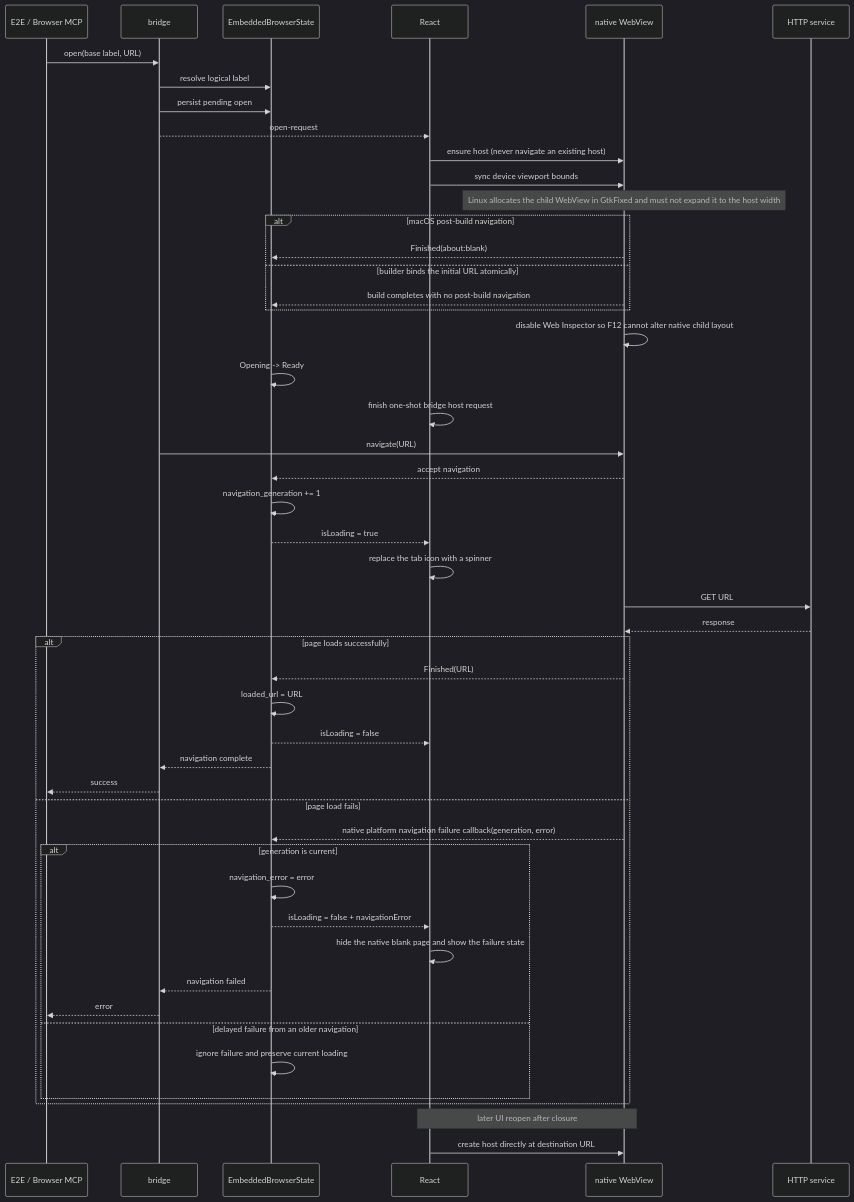
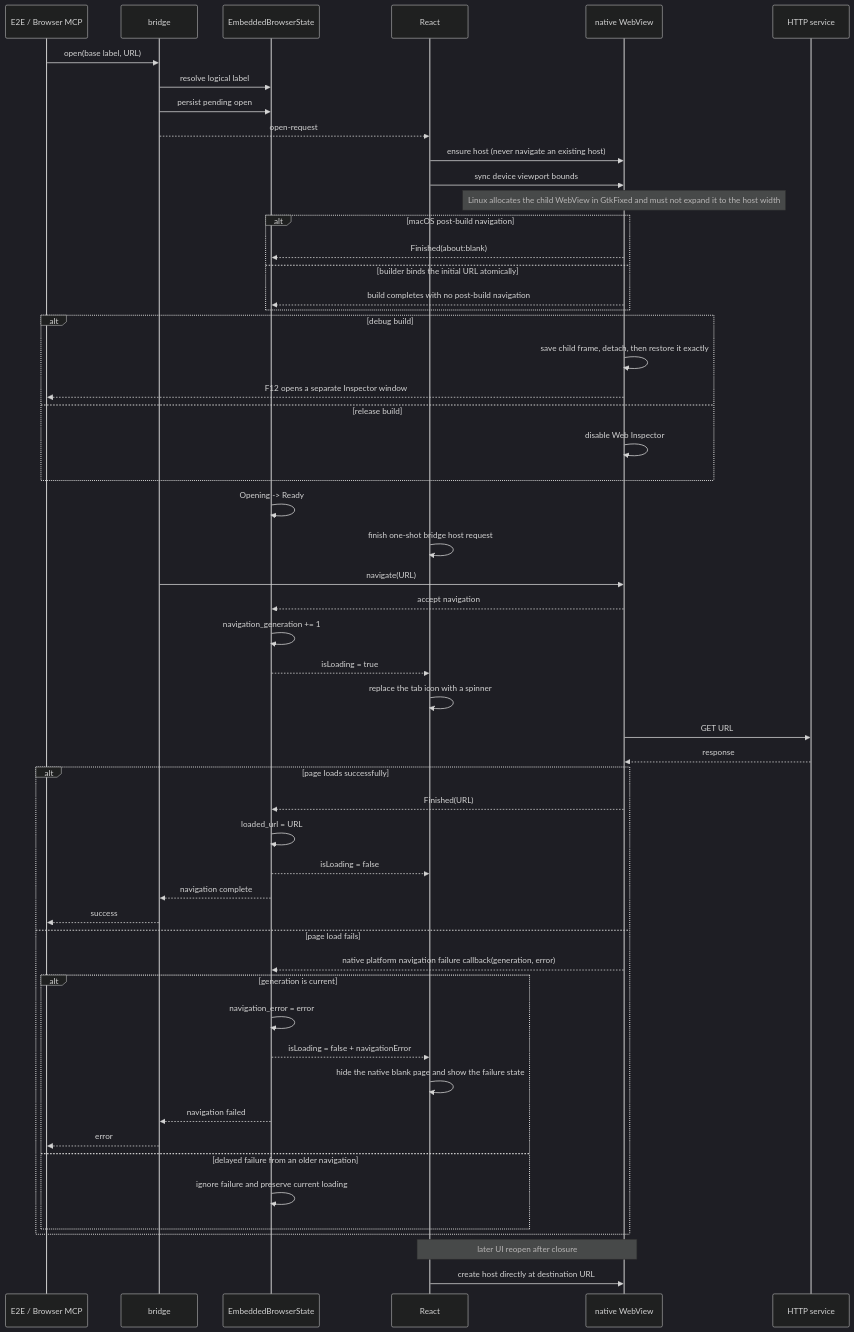
The second of 2 diagrams in docs/en/architecture/embedded-browser.md (wecode-ai/Wegent), drawn with Mermaid (dark theme) before and after one commit. The commit also changed other lines of this file and 14 other files, not shown here.

Commit message:
fix(wework): detach embedded browser inspector

````diff
--- a/docs/en/architecture/embedded-browser.md
+++ b/docs/en/architecture/embedded-browser.md
@@ -40,53 +41,58 @@
 ```mermaid
 sequenceDiagram
     participant C as E2E / Browser MCP
     participant B as bridge
     participant S as EmbeddedBrowserState
     participant R as React
     participant W as native WebView
     participant H as HTTP service
 
     C->>B: open(base label, URL)
     B->>S: resolve logical label
     B->>S: persist pending open
     B-->>R: open-request
     R->>W: ensure host (never navigate an existing host)
     R->>W: sync device viewport bounds
     Note over W: Linux allocates the child WebView in GtkFixed and must not expand it to the host width
     alt macOS post-build navigation
         W-->>S: Finished(about:blank)
     else builder binds the initial URL atomically
         W-->>S: build completes with no post-build navigation
     end
-    W->>W: disable Web Inspector so F12 cannot alter native child layout
+    alt debug build
+        W->>W: save child frame, detach, then restore it exactly
+        W-->>C: F12 opens a separate Inspector window
+    else release build
+        W->>W: disable Web Inspector
+    end
     S->>S: Opening -> Ready
     R->>R: finish one-shot bridge host request
     B->>W: navigate(URL)
     W-->>S: accept navigation
     S->>S: navigation_generation += 1
     S-->>R: isLoading = true
     R->>R: replace the tab icon with a spinner
     W->>H: GET URL
     H-->>W: response
     alt page loads successfully
         W-->>S: Finished(URL)
         S->>S: loaded_url = URL
         S-->>R: isLoading = false
         S-->>B: navigation complete
         B-->>C: success
     else page load fails
         W-->>S: native platform navigation failure callback(generation, error)
         alt generation is current
             S->>S: navigation_error = error
             S-->>R: isLoading = false + navigationError
             R->>R: hide the native blank page and show the failure state
             S-->>B: navigation failed
             B-->>C: error
         else delayed failure from an older navigation
             S->>S: ignore failure and preserve current loading
         end
     end
 
     Note over R,W: later UI reopen after closure
     R->>W: create host directly at destination URL
 ```
````
